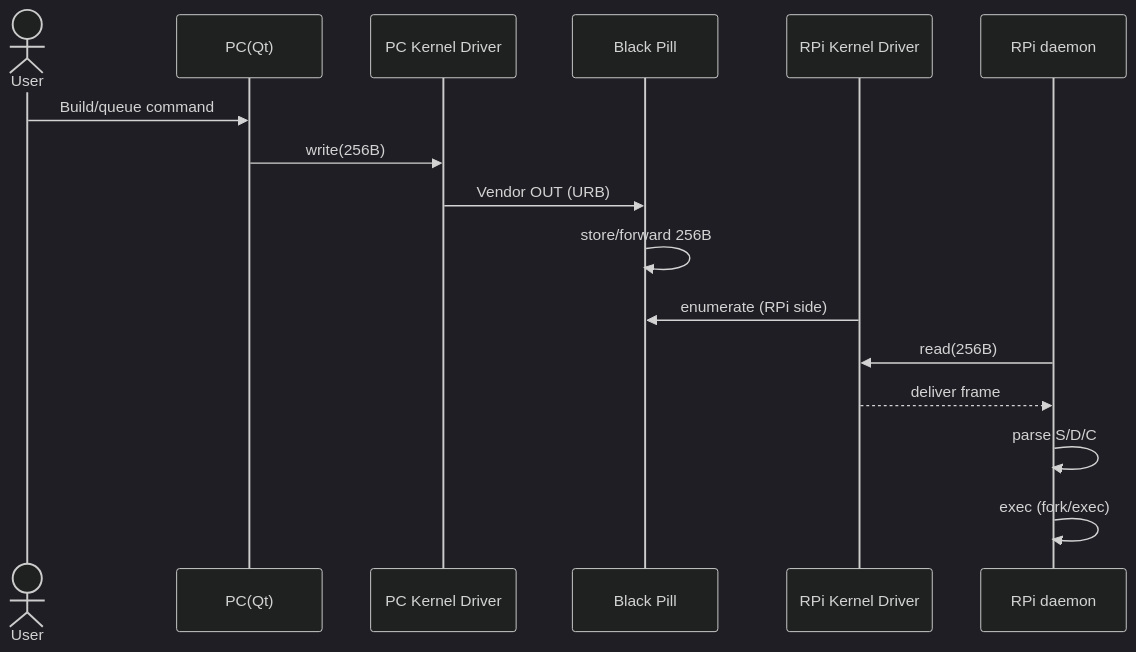
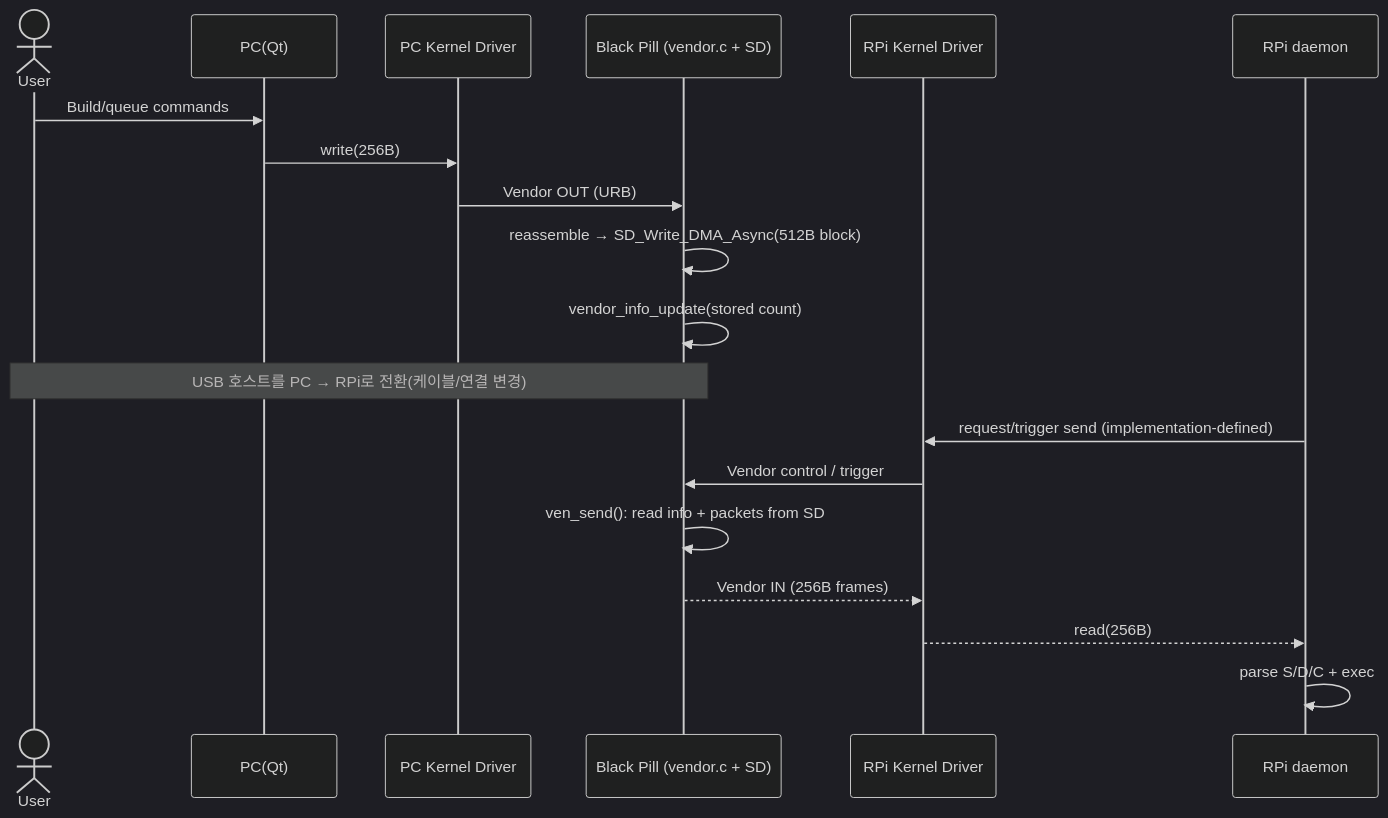
Before and after one commit to ChangHoiAn/example: the fourth of 4 diagrams in README.md, drawn with Mermaid (dark theme). The commit also changed other lines of this file, not shown here.

````diff
--- a/README.md
+++ b/README.md
@@ -199,20 +213,24 @@
 ```mermaid
 sequenceDiagram
   actor User
   participant Qt as PC(Qt)
   participant KPC as PC Kernel Driver
-  participant STM32 as Black Pill
+  participant STM32 as Black Pill (vendor.c + SD)
   participant KRPI as RPi Kernel Driver
   participant Daemon as RPi daemon
 
-  User->>Qt: Build/queue command
+  User->>Qt: Build/queue commands
   Qt->>KPC: write(256B)
   KPC->>STM32: Vendor OUT (URB)
-  STM32->>STM32: store/forward 256B
+  STM32->>STM32: reassemble → SD_Write_DMA_Async(512B block)
+  STM32->>STM32: vendor_info_update(stored count)
 
-  KRPI->>STM32: enumerate (RPi side)
-  Daemon->>KRPI: read(256B)
-  KRPI-->>Daemon: deliver frame
-  Daemon->>Daemon: parse S/D/C
-  Daemon->>Daemon: exec (fork/exec)
+  Note over User,STM32: USB 호스트를 PC → RPi로 전환(케이블/연결 변경)
+
+  Daemon->>KRPI: request/trigger send (implementation-defined)
+  KRPI->>STM32: Vendor control / trigger
+  STM32->>STM32: ven_send(): read info + packets from SD
+  STM32-->>KRPI: Vendor IN (256B frames)
+  KRPI-->>Daemon: read(256B)
+  Daemon->>Daemon: parse S/D/C + exec
 ```
````
